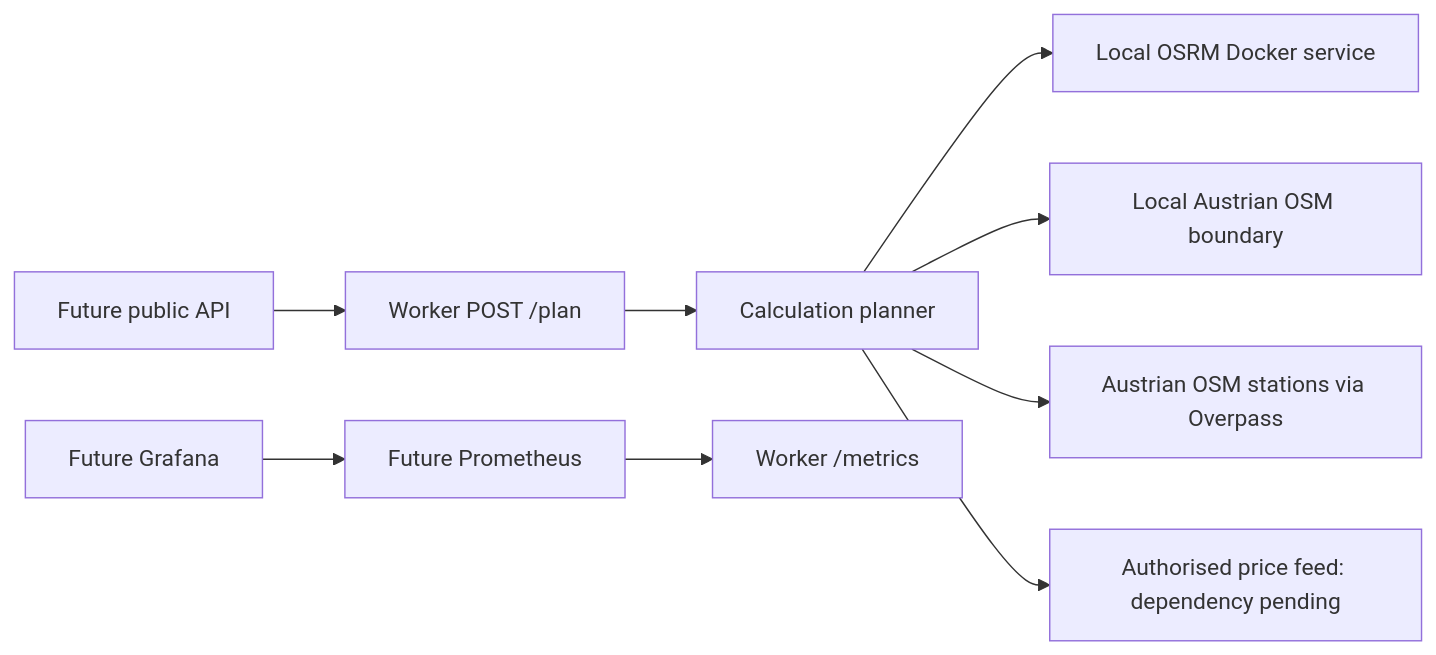
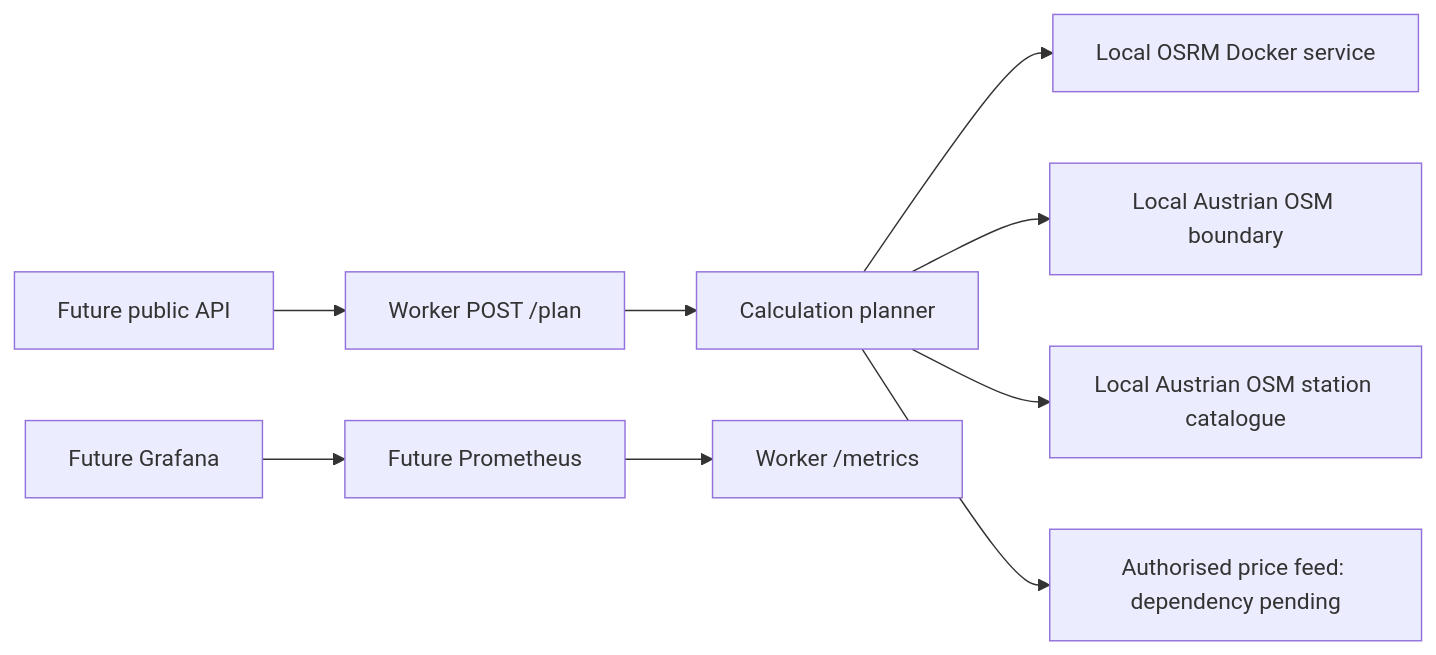
The diagram in docs/component-guide.md (Samolet0489/Fuel-Price-Comparison-Platform), drawn with Mermaid before and after one commit. The commit also changed other lines of this file and 27 other files, not shown here.

First line of the commit message:
feat: Implement local OSM station catalogue extraction and retrieval

````diff
--- a/docs/component-guide.md
+++ b/docs/component-guide.md
@@ -11,11 +11,11 @@
 ```mermaid
 flowchart LR
     API[Future public API] --> HTTP[Worker POST /plan]
     HTTP --> P[Calculation planner]
     P --> OSRM[Local OSRM Docker service]
     P --> BORDER[Local Austrian OSM boundary]
-    P --> OSM[Austrian OSM stations via Overpass]
+    P --> OSM[Local Austrian OSM station catalogue]
     P --> PRICE[Authorised price feed: dependency pending]
     PROM[Future Prometheus] --> METRICS[Worker /metrics]
     GRAF[Future Grafana] --> PROM
 ```
````
